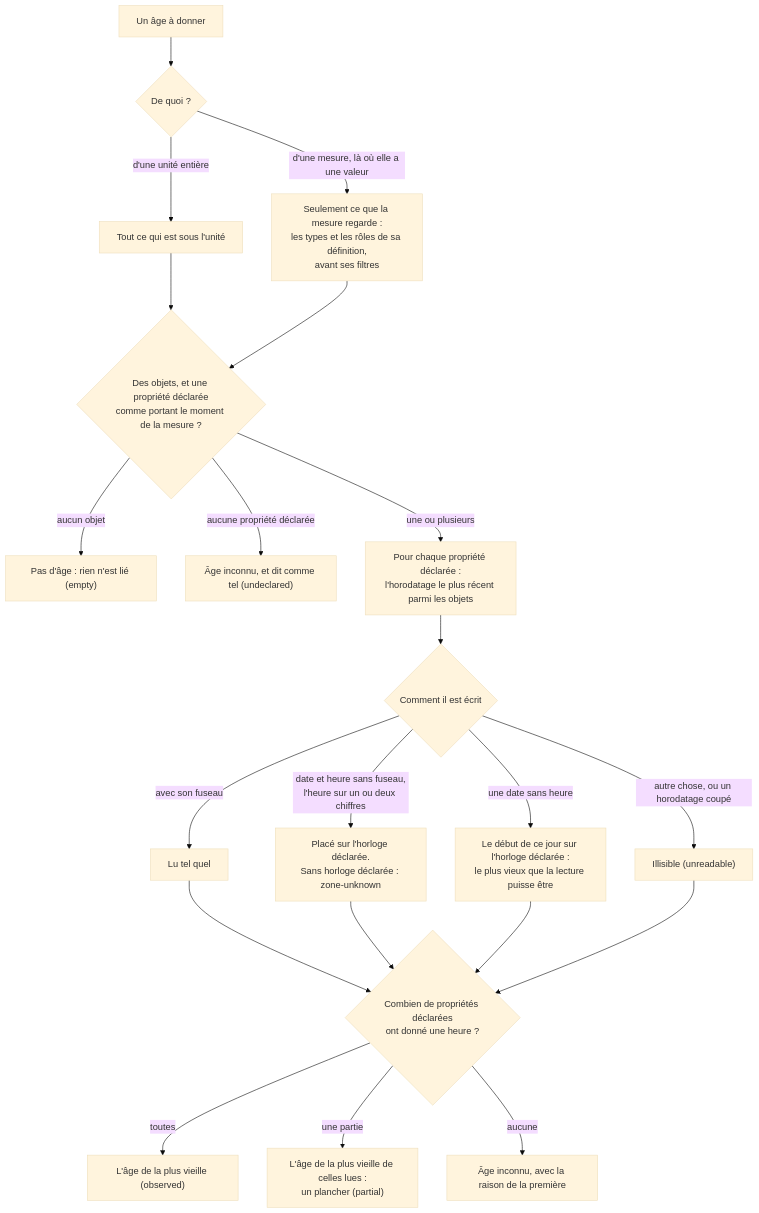
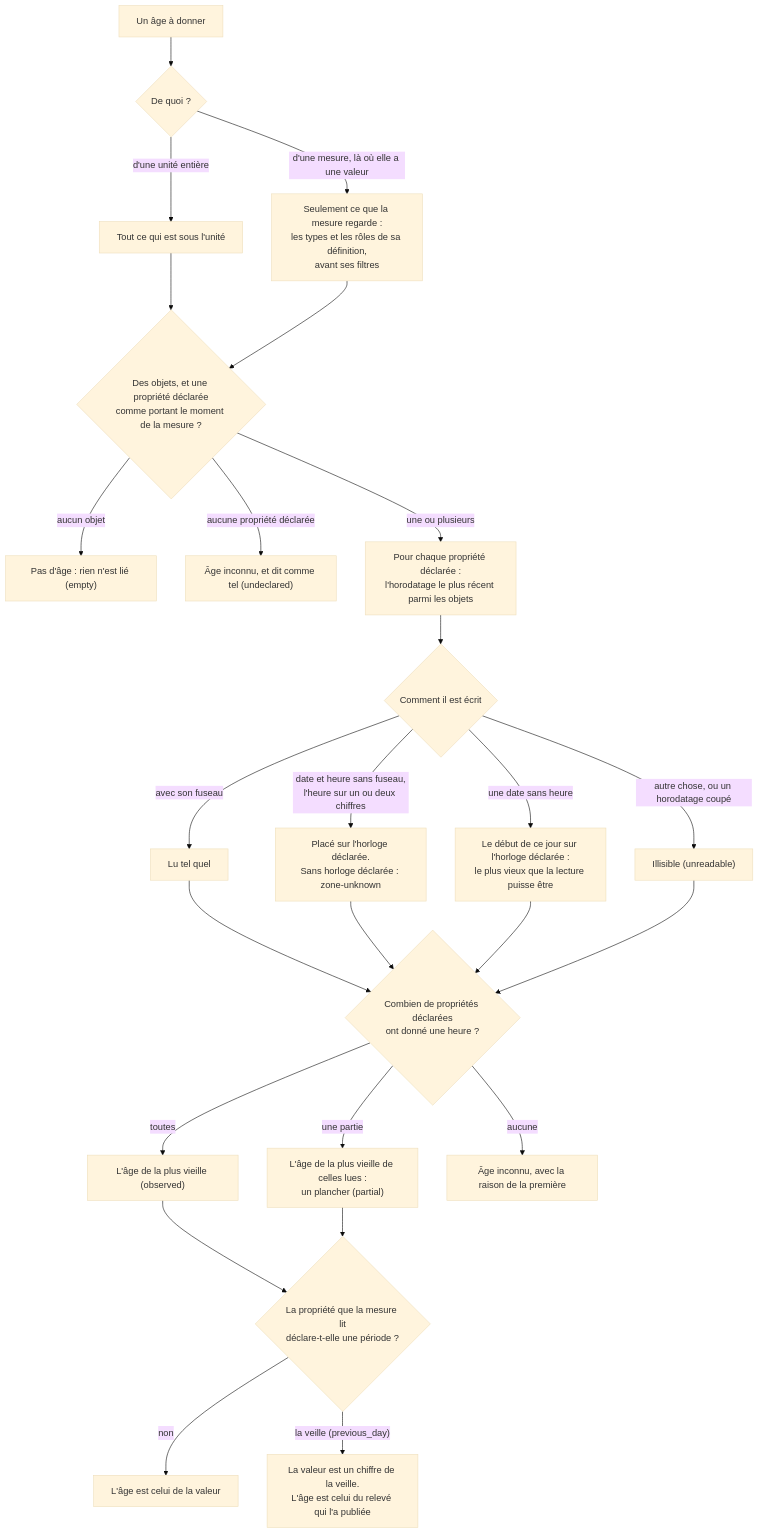
One commit to V1ktor7/obscyro changed diagram 36 of 41 in docs/algorithms.md. Above: the diagram before and after it, drawn with Mermaid (base theme). The commit also changed other lines of this file and 36 other files, not shown here.

````diff
--- a/docs/algorithms.md
+++ b/docs/algorithms.md
@@ -1162,23 +1171,27 @@
 ```mermaid
 flowchart TD
     A["Un âge à donner"] --> B{"De quoi ?"}
     B -->|"d'une unité entière"| C["Tout ce qui est sous l'unité"]
     B -->|"d'une mesure, là où elle a une valeur"| D["Seulement ce que la mesure regarde :<br/>les types et les rôles de sa définition,<br/>avant ses filtres"]
     C --> E{"Des objets, et une propriété déclarée<br/>comme portant le moment de la mesure ?"}
     D --> E
     E -->|"aucun objet"| X1["Pas d'âge : rien n'est lié (empty)"]
     E -->|"aucune propriété déclarée"| X2["Âge inconnu, et dit comme tel (undeclared)"]
     E -->|"une ou plusieurs"| F["Pour chaque propriété déclarée :<br/>l'horodatage le plus récent parmi les objets"]
     F --> G{"Comment il est écrit"}
     G -->|"avec son fuseau"| H["Lu tel quel"]
     G -->|"date et heure sans fuseau,<br/>l'heure sur un ou deux chiffres"| I["Placé sur l'horloge déclarée.<br/>Sans horloge déclarée : zone-unknown"]
     G -->|"une date sans heure"| J["Le début de ce jour sur l'horloge déclarée :<br/>le plus vieux que la lecture puisse être"]
     G -->|"autre chose, ou un horodatage coupé"| K["Illisible (unreadable)"]
     H --> L{"Combien de propriétés déclarées<br/>ont donné une heure ?"}
     I --> L
     J --> L
     K --> L
     L -->|"toutes"| M["L'âge de la plus vieille (observed)"]
     L -->|"une partie"| N["L'âge de la plus vieille de celles lues :<br/>un plancher (partial)"]
     L -->|"aucune"| O["Âge inconnu, avec la raison de la première"]
+    M --> P{"La propriété que la mesure lit<br/>déclare-t-elle une période ?"}
+    N --> P
+    P -->|"non"| Q["L'âge est celui de la valeur"]
+    P -->|"la veille (previous_day)"| R["La valeur est un chiffre de la veille.<br/>L'âge est celui du relevé qui l'a publiée"]
 ```
````
